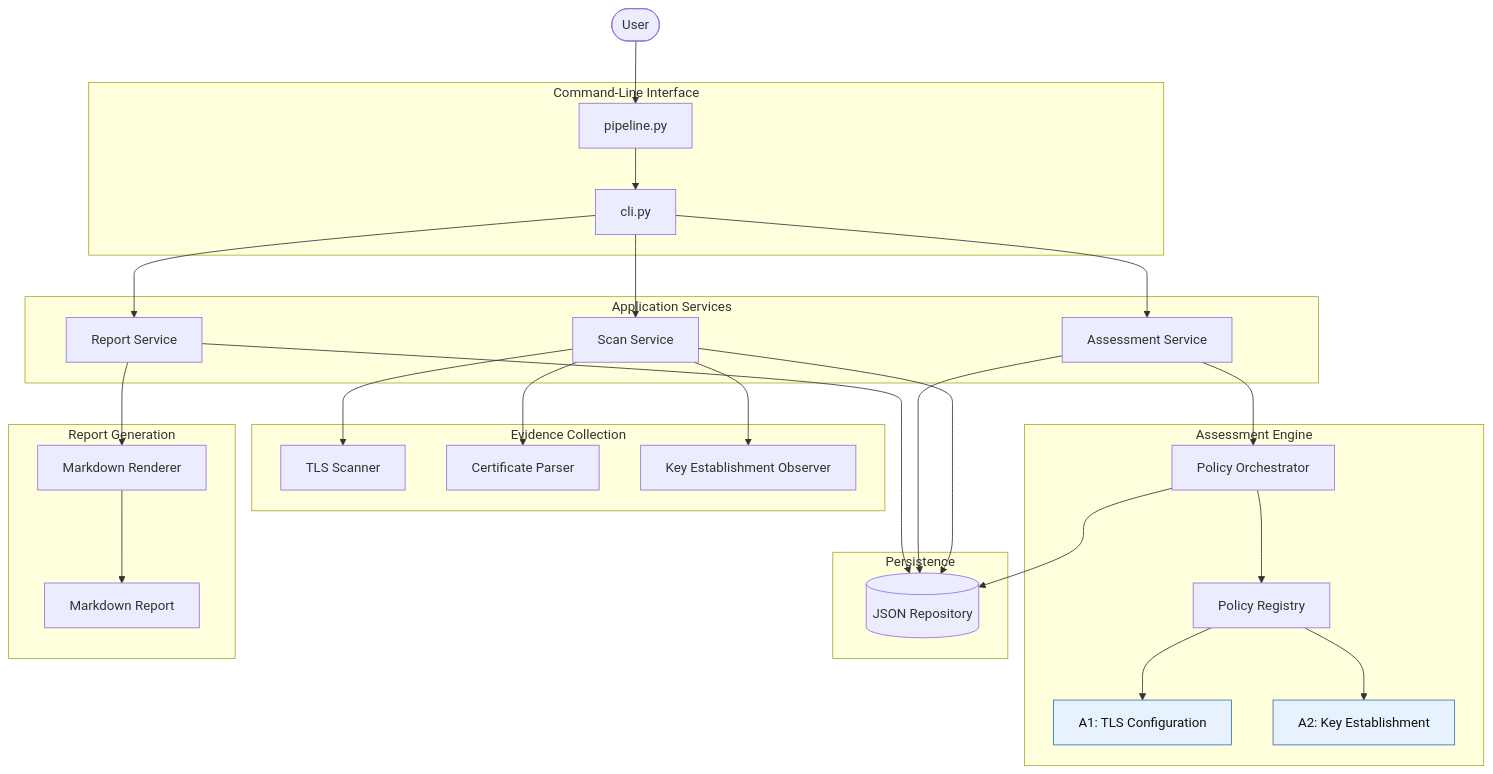
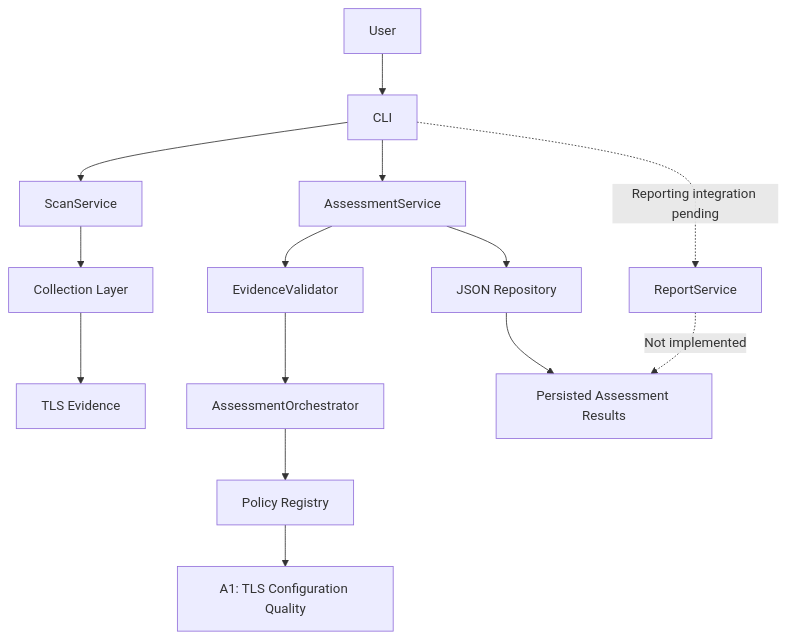
Before and after one commit to git-loa/cryptographic-inventory-pqc-risk-assessment: the first of 3 diagrams in docs/architecture.md, drawn with Mermaid. The commit also changed other lines of this file and 3 other files, not shown here.

Commit message:
docs: update project architecture and methodology

````diff
--- a/docs/architecture.md
+++ b/docs/architecture.md
@@ -21,64 +23,22 @@
 ```mermaid
-flowchart TB
-    User([User])
+flowchart TD
+    User["User"] --> CLI["CLI"]
 
-    subgraph CLI["Command-Line Interface"]
-        Entry["pipeline.py"]
-        Commands["cli.py"]
-    end
+    CLI --> ScanService["ScanService"]
+    CLI --> AssessmentService["AssessmentService"]
+    CLI -. "Reporting integration pending" .-> ReportService["ReportService"]
 
-    subgraph App["Application Services"]
-        ScanService["Scan Service"]
-        AssessService["Assessment Service"]
-        ReportService["Report Service"]
-    end
+    ScanService --> Collection["Collection Layer"]
+    Collection --> Evidence["TLS Evidence"]
 
-    subgraph Scanner["Evidence Collection"]
-        TLS["TLS Scanner"]
-        Cert["Certificate Parser"]
-        KE["Key Establishment Observer"]
-    end
+    AssessmentService --> Validator["EvidenceValidator"]
+    Validator --> Orchestrator["AssessmentOrchestrator"]
 
-    subgraph Engine["Assessment Engine"]
-        Orchestrator["Policy Orchestrator"]
-        Registry["Policy Registry"]
-        A1["A1: TLS Configuration"]
-        A2["A2: Key Establishment"]
-    end
+    Orchestrator --> Registry["Policy Registry"]
+    Registry --> A1["A1: TLS Configuration Quality"]
 
-    subgraph Storage["Persistence"]
-        Repository[("JSON Repository")]
-    end
+    AssessmentService --> Repository["JSON Repository"]
+    Repository --> Results["Persisted Assessment Results"]
 
-    subgraph Reporting["Report Generation"]
-        Renderer["Markdown Renderer"]
-        Output["Markdown Report"]
-    end
-
-    User --> Entry
-    Entry --> Commands
-
-    Commands --> ScanService
-    Commands --> AssessService
-    Commands --> ReportService
-
-    ScanService --> TLS
-    ScanService --> Cert
-    ScanService --> KE
-    ScanService --> Repository
-
-    AssessService --> Repository
-    AssessService --> Orchestrator
-
-    Orchestrator --> Registry
-    Registry --> A1
-    Registry --> A2
-    Orchestrator --> Repository
-
-    ReportService --> Repository
-    ReportService --> Renderer
-    Renderer --> Output
-
-    classDef policy fill:#e8f2ff,stroke:#3973ac,color:#111
-    class A1,A2 policy
+    ReportService -. "Not implemented" .-> Results
 ```
````
